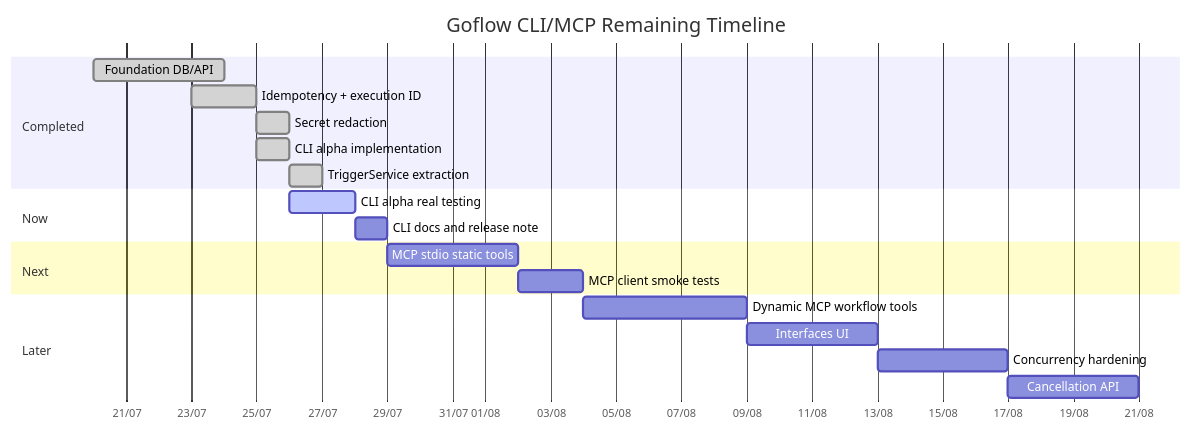
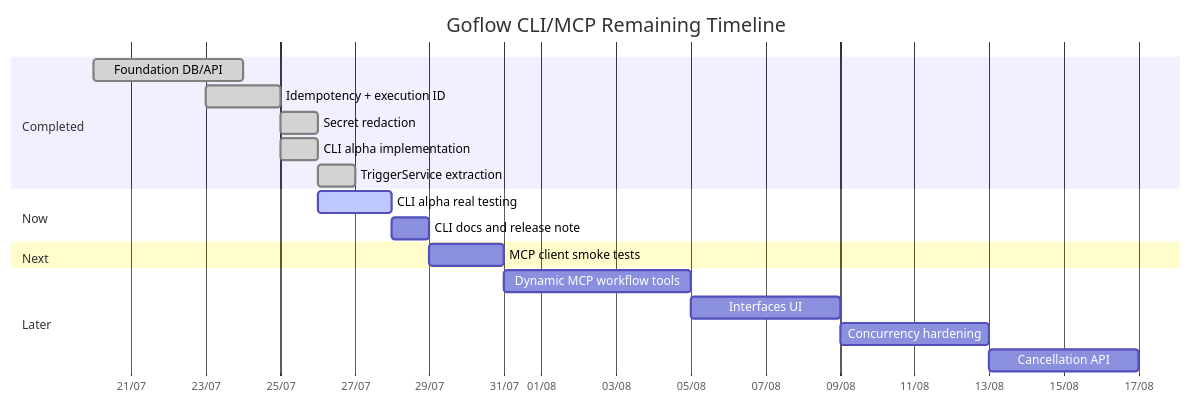
Before and after one commit to hstptcn5/Goflow: the second of 2 diagrams in ROADMAP_PROGRESS.md, drawn with Mermaid. The commit also changed other lines of this file and 7 other files, not shown here.

First line of the commit message:
Add MCP stdio with static workflow tools

````diff
--- a/ROADMAP_PROGRESS.md
+++ b/ROADMAP_PROGRESS.md
@@ -59,27 +59,26 @@
 ```mermaid
 gantt
     title Goflow CLI/MCP Remaining Timeline
     dateFormat  YYYY-MM-DD
     axisFormat  %d/%m
 
     section Completed
     Foundation DB/API             :done, f1, 2026-07-20, 4d
     Idempotency + execution ID     :done, f2, 2026-07-23, 2d
     Secret redaction               :done, f3, 2026-07-25, 1d
     CLI alpha implementation       :done, cli1, 2026-07-25, 1d
     TriggerService extraction      :done, svc1, 2026-07-26, 1d
 
     section Now
     CLI alpha real testing         :active, cli2, 2026-07-26, 2d
     CLI docs and release note      :cli3, after cli2, 1d
 
     section Next
-    MCP stdio static tools         :mcp1, after cli3, 4d
-    MCP client smoke tests         :mcp2, after mcp1, 2d
+    MCP client smoke tests         :mcp2, after cli3, 2d
 
     section Later
     Dynamic MCP workflow tools     :mcp3, after mcp2, 5d
     Interfaces UI                  :ui1, after mcp3, 4d
     Concurrency hardening          :hard1, after ui1, 4d
     Cancellation API               :hard2, after hard1, 4d
 ```
````
